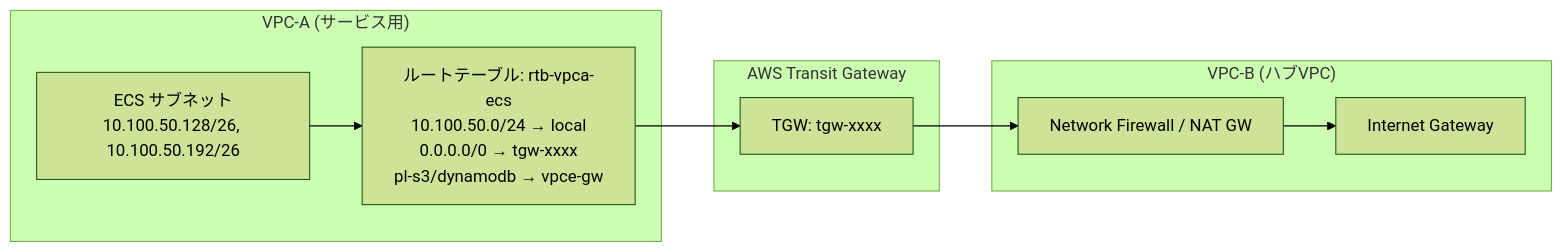
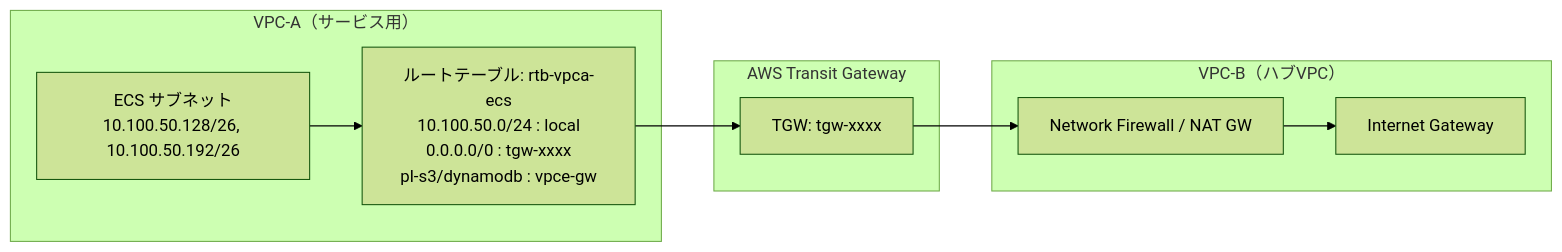
Before and after one commit to hide104y/markdown: the fourth of 17 diagrams in AWS：ECS.md, drawn with Mermaid (forest theme). The commit also changed other lines of this file, not shown here.

Commit message:
GitHubのMermaidパーサーとの互換性考慮（その２）

````diff
--- a/AWS：ECS.md
+++ b/AWS：ECS.md
@@ -303,21 +305,21 @@
 ```mermaid
 flowchart LR
-    subgraph VPC_A ["VPC-A (サービス用)"]
+    subgraph VPC_A ["VPC-A（サービス用）"]
         ECS_Subnet["ECS サブネット<br>10.100.50.128/26, 10.100.50.192/26"]
-        RT_ECS["ルートテーブル: rtb-vpca-ecs<br>10.100.50.0/24 → local<br>0.0.0.0/0 → tgw-xxxx<br>pl-s3/dynamodb → vpce-gw"]
+        RT_ECS["ルートテーブル: rtb-vpca-ecs<br>10.100.50.0/24 : local<br>0.0.0.0/0 : tgw-xxxx<br>pl-s3/dynamodb : vpce-gw"]
     end
 
     subgraph Transit_Gateway ["AWS Transit Gateway"]
         TGW["TGW: tgw-xxxx"]
     end
 
-    subgraph VPC_B ["VPC-B (ハブVPC)"]
+    subgraph VPC_B ["VPC-B（ハブVPC）"]
         RT_Hub["Network Firewall / NAT GW"]
         IGW["Internet Gateway"]
     end
 
     ECS_Subnet --> RT_ECS
     RT_ECS --> TGW
     TGW --> RT_Hub
     RT_Hub --> IGW
 ```
````
